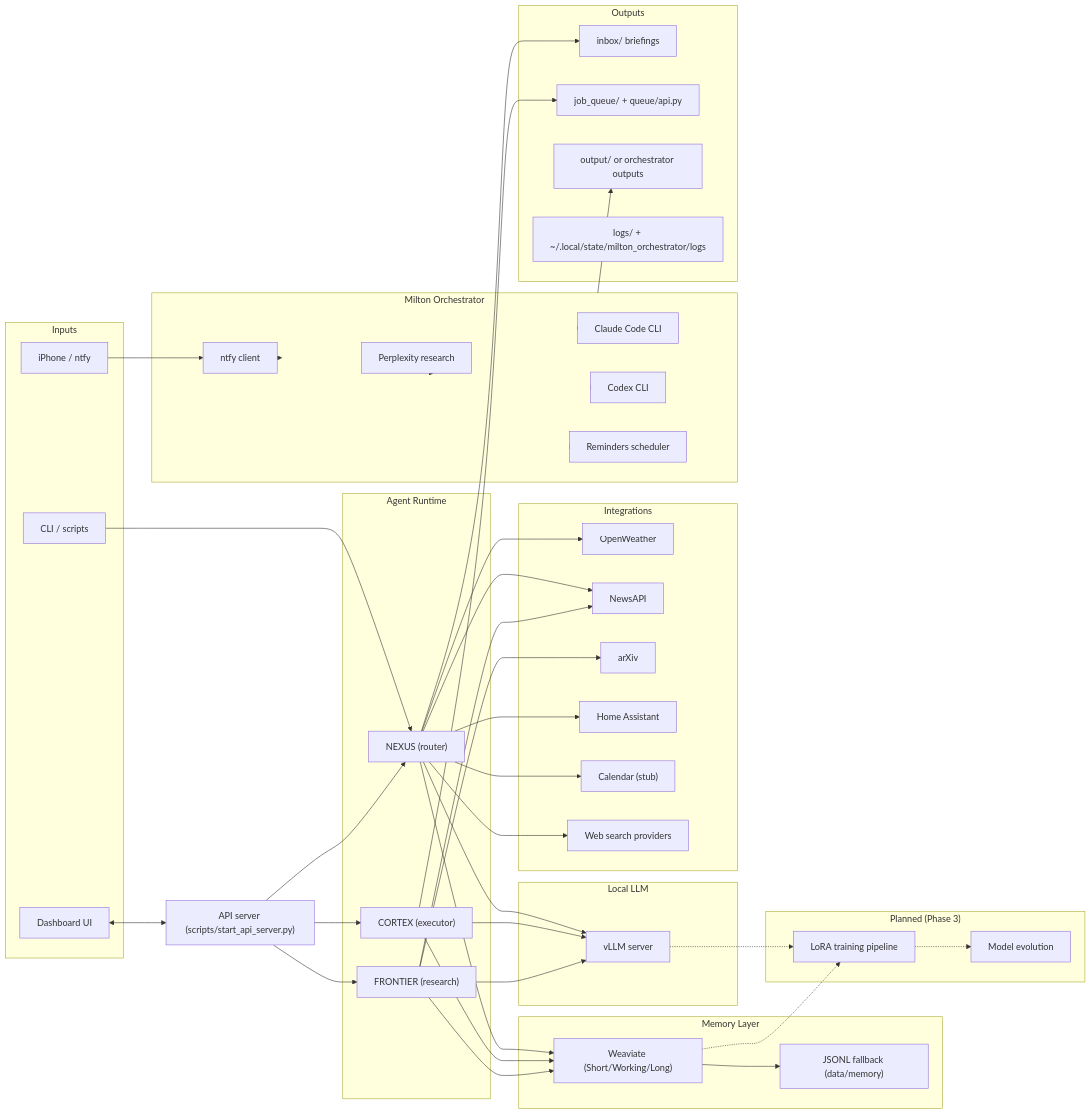
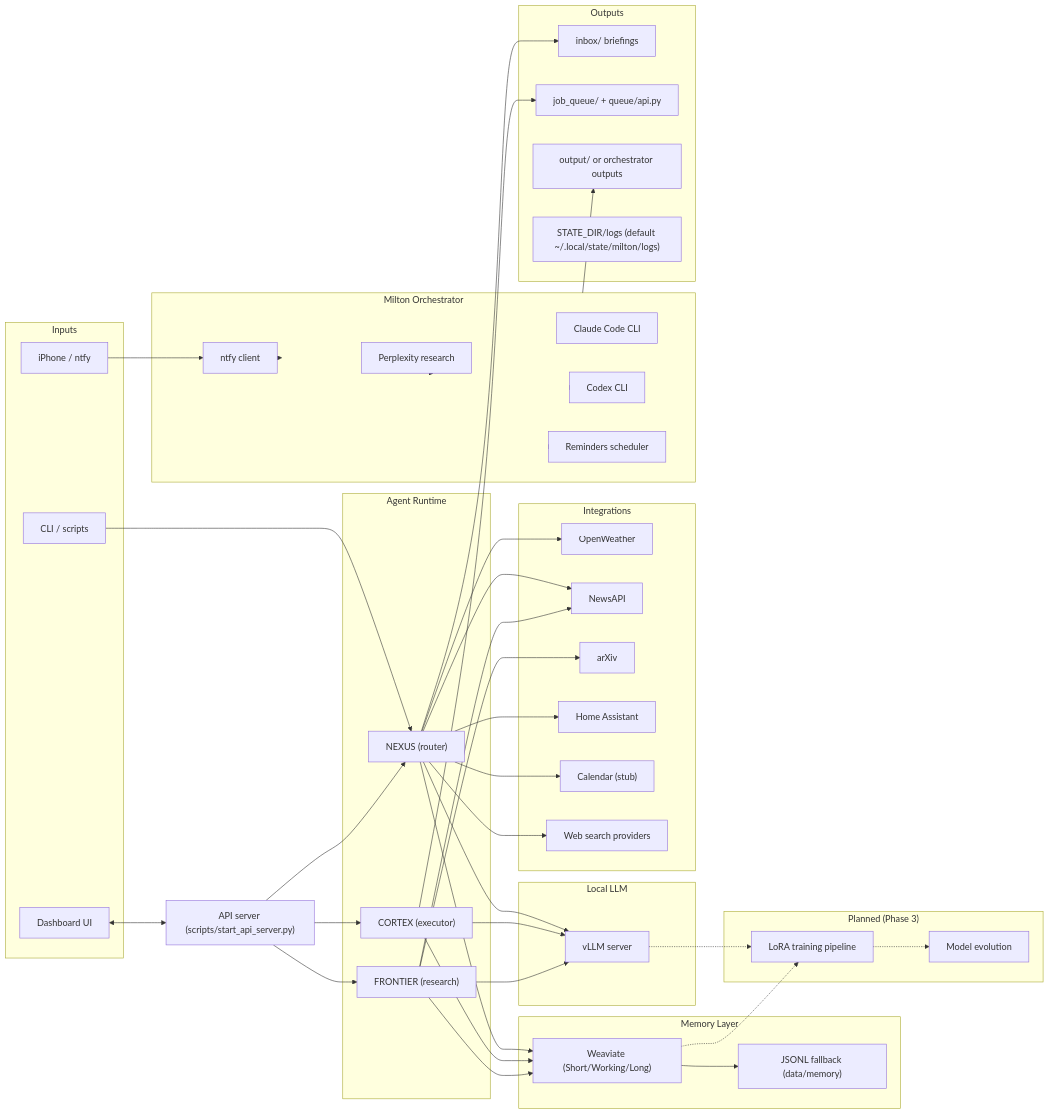
One commit to colehanan1/personal-ai-agent changed the diagram in docs/MILTON_SYSTEM_SUMMARY.md. Above: the diagram before and after it, drawn with Mermaid. The commit also changed other lines of this file and 65 other files, not shown here.

```diff
--- a/docs/MILTON_SYSTEM_SUMMARY.md
+++ b/docs/MILTON_SYSTEM_SUMMARY.md
@@ -110,7 +110,7 @@
     Inbox["inbox/ briefings"]
     Queue["job_queue/ + queue/api.py"]
     Output["output/ or orchestrator outputs"]
-    Logs["logs/ + ~/.local/state/milton_orchestrator/logs"]
+    Logs["STATE_DIR/logs (default ~/.local/state/milton/logs)"]
   end
 
   CLI --> NEXUS
```
